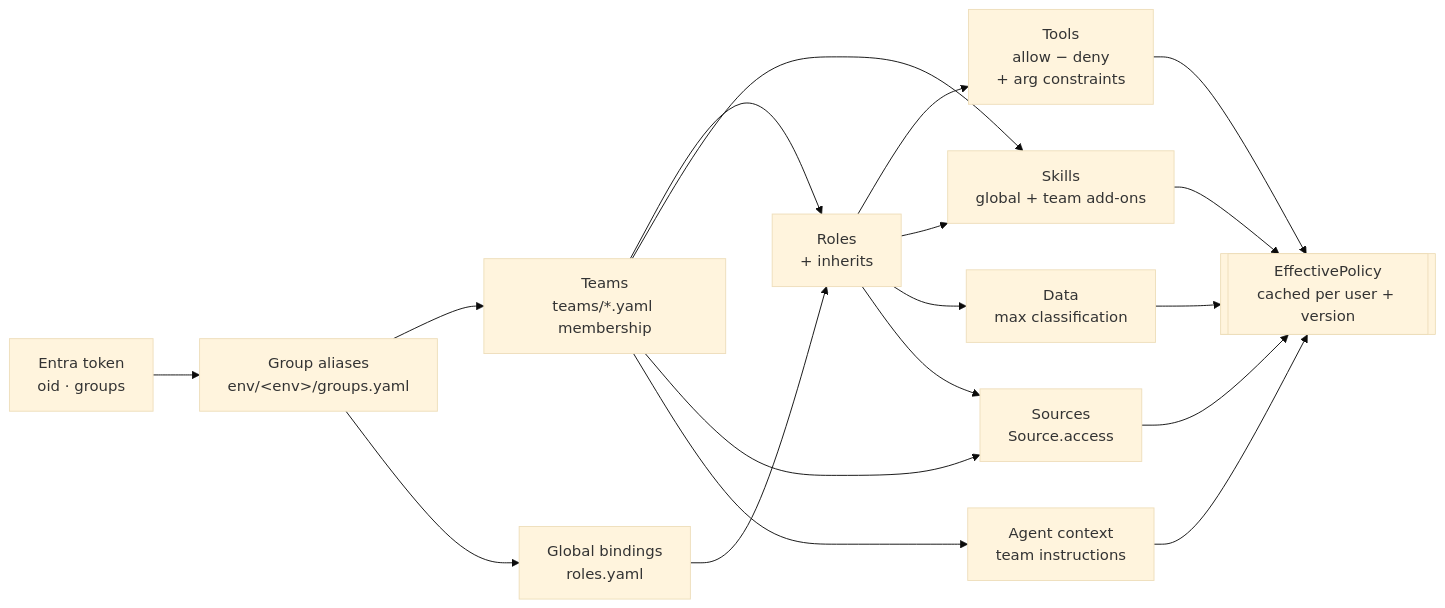
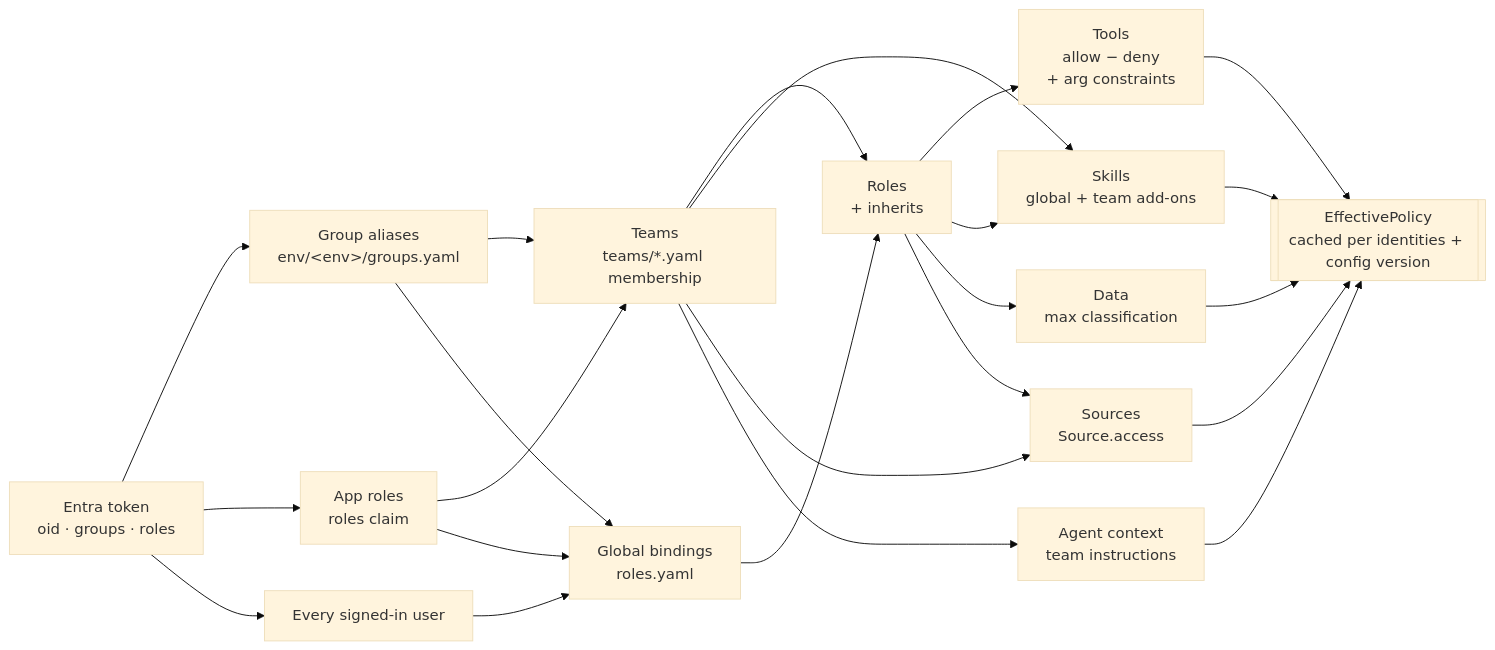
Before and after one commit to shaheenks/agentic-sdlc-core: the third of 4 diagrams in docs/ARCHITECTURE.md, drawn with Mermaid (base theme). The commit also changed other lines of this file and 11 other files, not shown here.

````diff
--- a/docs/ARCHITECTURE.md
+++ b/docs/ARCHITECTURE.md
@@ -142,16 +142,21 @@
 ```mermaid
 flowchart LR
-    T[Entra token<br/>oid · groups] --> GA[Group aliases<br/>env/&lt;env&gt;/groups.yaml]
+    T[Entra token<br/>oid · groups · roles] --> GA[Group aliases<br/>env/&lt;env&gt;/groups.yaml]
+    T --> AR[App roles<br/>roles claim]
+    T --> EV[Every signed-in user]
     GA --> TM[Teams<br/>teams/*.yaml membership]
+    AR --> TM
     GA --> GB[Global bindings<br/>roles.yaml]
+    AR --> GB
+    EV --> GB
     TM --> R[Roles<br/>+ inherits]
     GB --> R
     R --> TL[Tools<br/>allow − deny<br/>+ arg constraints]
     R --> SKL[Skills<br/>global + team add-ons]
     TM --> SKL
     R --> DT[Data<br/>max classification]
     TM --> SRCS[Sources<br/>Source.access]
     R --> SRCS
     TM --> CTX[Agent context<br/>team instructions]
-    TL & SKL & DT & SRCS & CTX --> EP[[EffectivePolicy<br/>cached per user + version]]
+    TL & SKL & DT & SRCS & CTX --> EP[[EffectivePolicy<br/>cached per identities + config version]]
 ```
````
